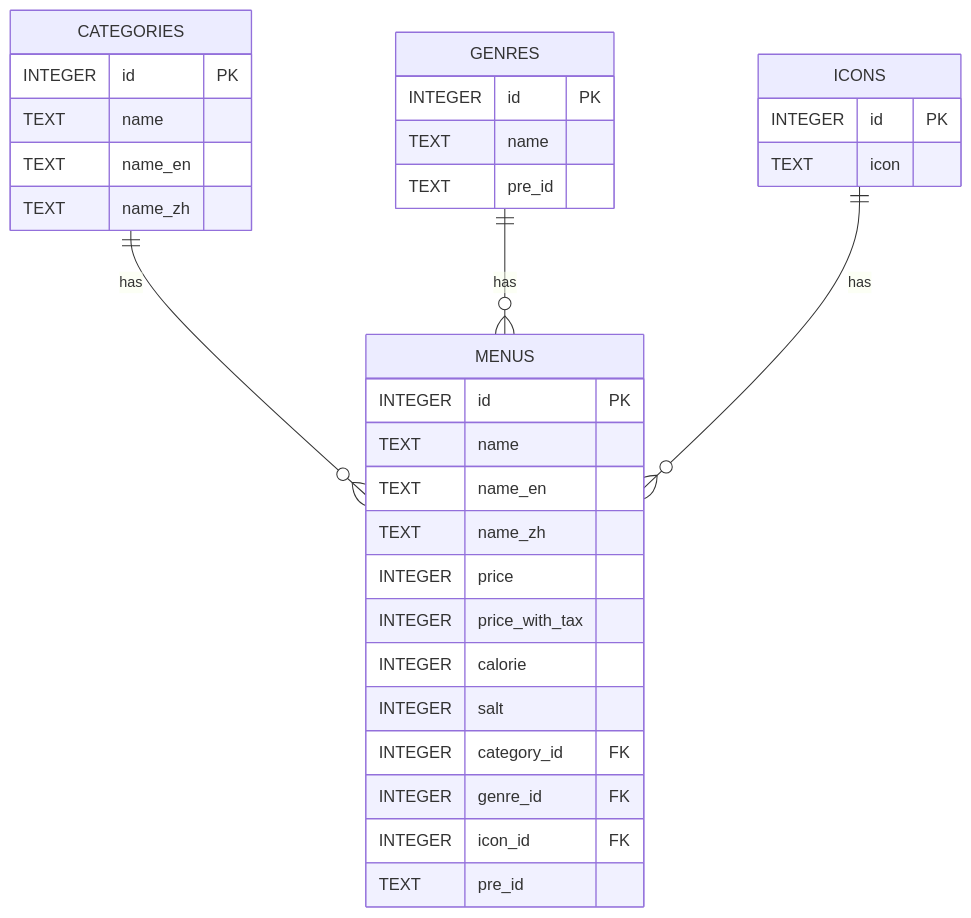
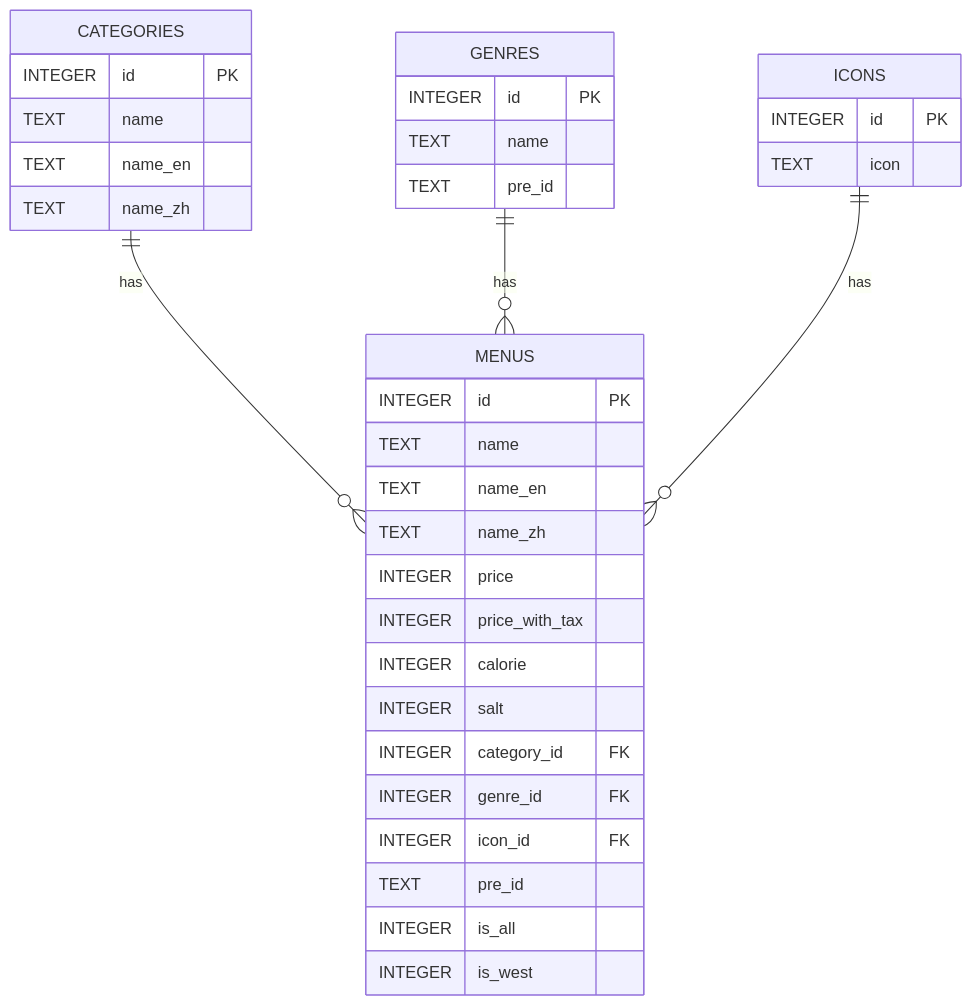
Before and after one commit to ryohidaka/saizeriya-menus: the diagram in docs/database.md, drawn with Mermaid. The commit also changed other lines of this file and 6 other files, not shown here.

````diff
--- a/docs/database.md
+++ b/docs/database.md
@@ -5,39 +5,41 @@
 ```mermaid
 erDiagram
     CATEGORIES {
         INTEGER id PK
         TEXT name
         TEXT name_en
         TEXT name_zh
     }
 
     GENRES {
         INTEGER id PK
         TEXT name
         TEXT pre_id
     }
 
     ICONS {
         INTEGER id PK
         TEXT icon
     }
 
     MENUS {
         INTEGER id PK
         TEXT name
         TEXT name_en
         TEXT name_zh
         INTEGER price
         INTEGER price_with_tax
         INTEGER calorie
         INTEGER salt
         INTEGER category_id FK
         INTEGER genre_id FK
         INTEGER icon_id FK
         TEXT pre_id
+        INTEGER is_all
+        INTEGER is_west
     }
 
     CATEGORIES ||--o{ MENUS: "has"
     GENRES ||--o{ MENUS: "has"
     ICONS ||--o{ MENUS: "has"
 ```
````
